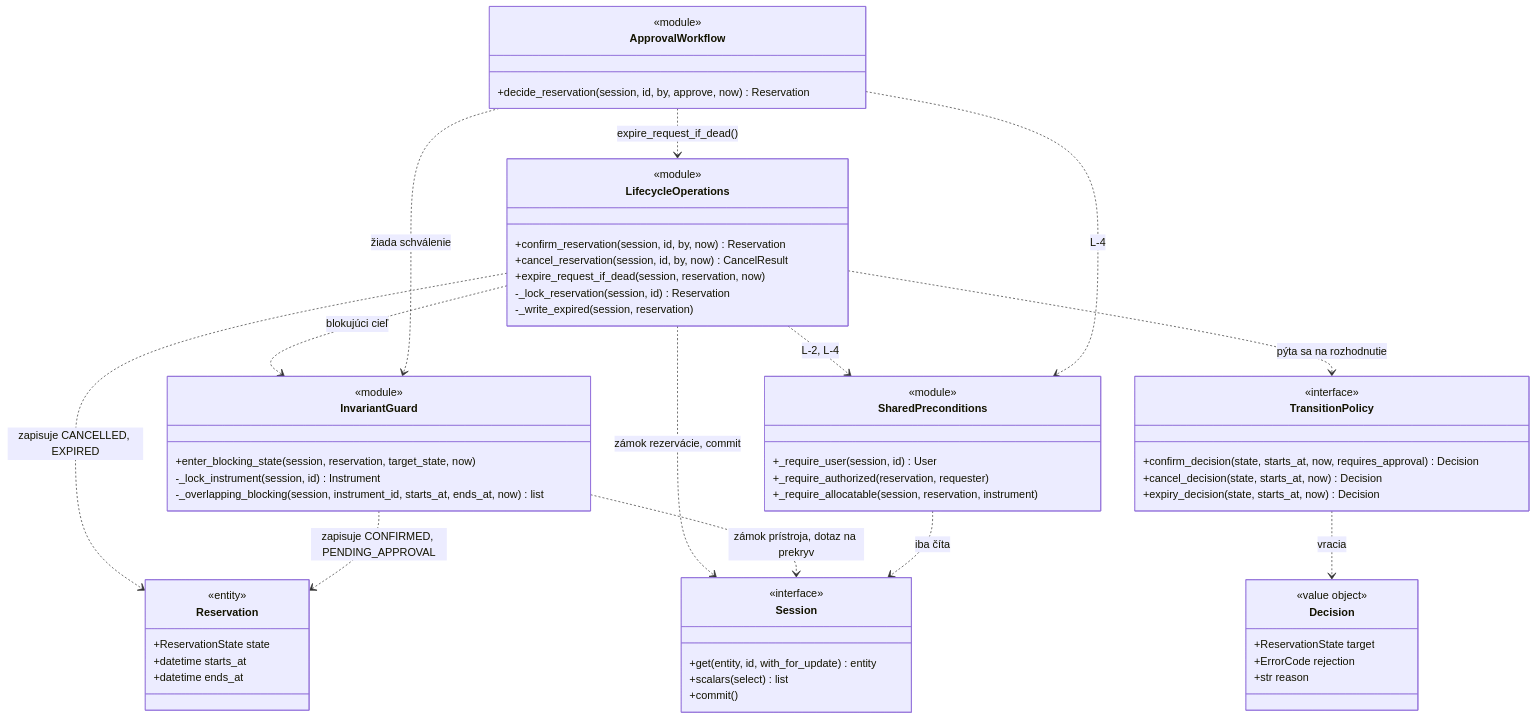
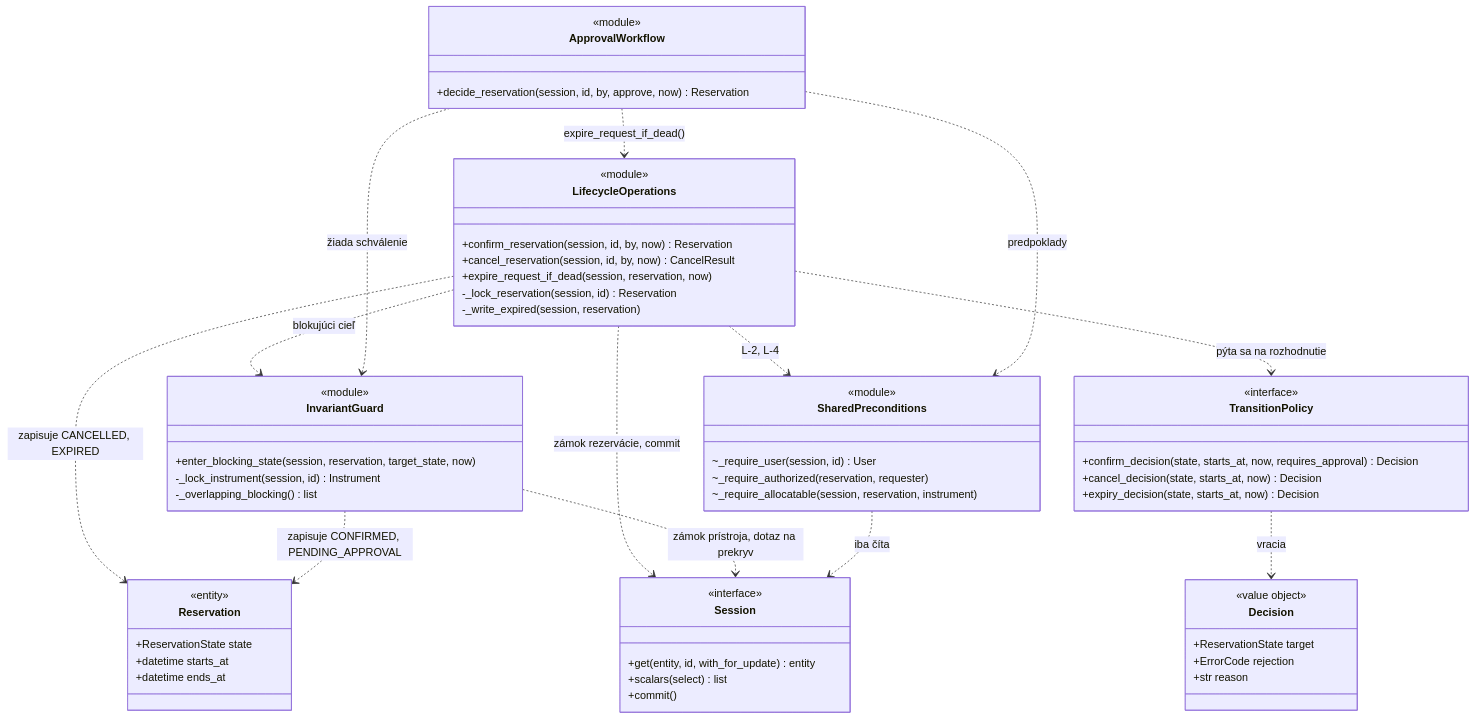
One commit to thspowered/SWI-LAB changed the fourth of 5 diagrams in docs/architecture-and-decisions.md. Above: the diagram before and after it, drawn with Mermaid. The commit also changed other lines of this file and 2 other files, not shown here.

````diff
--- a/docs/architecture-and-decisions.md
+++ b/docs/architecture-and-decisions.md
@@ -1171,64 +1210,64 @@
 ```mermaid
 classDiagram
     class LifecycleOperations {
         <<module>>
         +confirm_reservation(session, id, by, now) Reservation
         +cancel_reservation(session, id, by, now) CancelResult
         +expire_request_if_dead(session, reservation, now)
         -_lock_reservation(session, id) Reservation
         -_write_expired(session, reservation)
     }
     class TransitionPolicy {
         <<interface>>
         +confirm_decision(state, starts_at, now, requires_approval) Decision
         +cancel_decision(state, starts_at, now) Decision
         +expiry_decision(state, starts_at, now) Decision
     }
     class Decision {
         <<value object>>
         +ReservationState target
         +ErrorCode rejection
         +str reason
     }
     class InvariantGuard {
         <<module>>
         +enter_blocking_state(session, reservation, target_state, now)
         -_lock_instrument(session, id) Instrument
-        -_overlapping_blocking(session, instrument_id, starts_at, ends_at, now) list
+        -_overlapping_blocking() list
     }
     class SharedPreconditions {
         <<module>>
-        +_require_user(session, id) User
-        +_require_authorized(reservation, requester)
-        +_require_allocatable(session, reservation, instrument)
+        ~_require_user(session, id) User
+        ~_require_authorized(reservation, requester)
+        ~_require_allocatable(session, reservation, instrument)
     }
     class Reservation {
         <<entity>>
         +ReservationState state
         +datetime starts_at
         +datetime ends_at
     }
     class Session {
         <<interface>>
         +get(entity, id, with_for_update) entity
         +scalars(select) list
         +commit()
     }
     class ApprovalWorkflow {
         <<module>>
         +decide_reservation(session, id, by, approve, now) Reservation
     }
 
     LifecycleOperations ..> TransitionPolicy : pýta sa na rozhodnutie
     TransitionPolicy ..> Decision : vracia
     LifecycleOperations ..> SharedPreconditions : L-2, L-4
     LifecycleOperations ..> InvariantGuard : blokujúci cieľ
     LifecycleOperations ..> Reservation : zapisuje CANCELLED, EXPIRED
     InvariantGuard ..> Reservation : zapisuje CONFIRMED, PENDING_APPROVAL
     LifecycleOperations ..> Session : zámok rezervácie, commit
     InvariantGuard ..> Session : zámok prístroja, dotaz na prekryv
     SharedPreconditions ..> Session : iba číta
     ApprovalWorkflow ..> InvariantGuard : žiada schválenie
     ApprovalWorkflow ..> LifecycleOperations : expire_request_if_dead()
-    ApprovalWorkflow ..> SharedPreconditions : L-4
+    ApprovalWorkflow ..> SharedPreconditions : predpoklady
 ```
````
